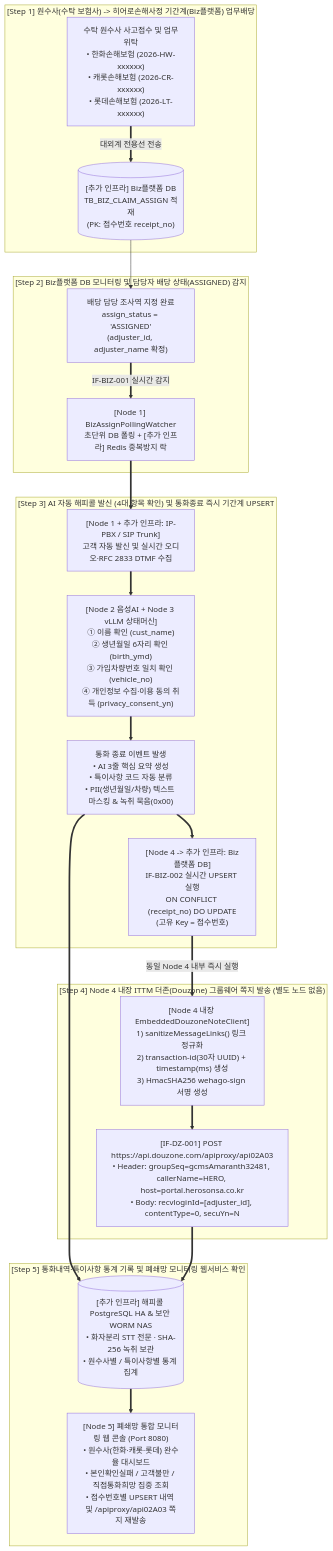
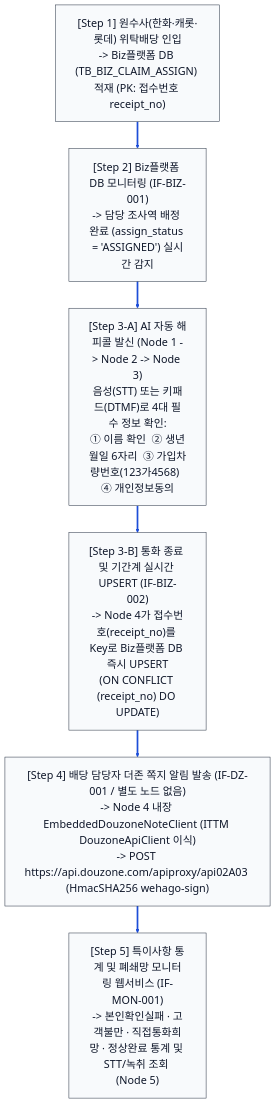
Before and after one commit to herosonsa1/AI_HappyCall: the first of 5 diagrams in dist/docs/03_업무프로세스_다이어그램.md, drawn with Mermaid. The commit also changed other lines of this file and 8 other files, not shown here.

Commit message:
style(docs): enlarge table and Mermaid diagram font sizes (20px-22px) and optimize vertical layout across all .md deliverables

````diff
--- a/dist/docs/03_업무프로세스_다이어그램.md
+++ b/dist/docs/03_업무프로세스_다이어그램.md
@@ -20,35 +63,29 @@
 ```mermaid
+%%{init: {
+  'theme': 'base',
+  'themeVariables': {
+    'fontSize': '22px',
+    'fontFamily': 'Pretendard, Malgun Gothic, sans-serif',
+    'primaryColor': '#f8fafc',
+    'primaryTextColor': '#0f172a',
+    'primaryBorderColor': '#1e293b',
+    'lineColor': '#1d4ed8',
+    'secondaryColor': '#eff6ff',
+    'tertiaryColor': '#f1f5f9'
+  },
+  'flowchart': {
+    'nodeSpacing': 45,
+    'rankSpacing': 55,
+    'padding': 20
+  }
+}}%%
 flowchart TD
-    subgraph STEP1["[Step 1] 원수사(수탁 보험사) -> 히어로손해사정 기간계(Biz플랫폼) 업무배당"]
-        S1_INS["수탁 원수사 사고접수 및 업무위탁<br/>• 한화손해보험 (2026-HW-xxxxxx)<br/>• 캐롯손해보험 (2026-CR-xxxxxx)<br/>• 롯데손해보험 (2026-LT-xxxxxx)"]
-        S1_BIZ[("[추가 인프라] Biz플랫폼 DB<br/>TB_BIZ_CLAIM_ASSIGN 적재<br/>(PK: 접수번호 receipt_no)")]
-        S1_INS ==>|"대외계 전용선 전송"| S1_BIZ
-    end
+    S1["[Step 1] 원수사(한화·캐롯·롯데) 위탁배당 인입\n-> Biz플랫폼 DB (TB_BIZ_CLAIM_ASSIGN) 적재 (PK: 접수번호 receipt_no)"]
+    S2["[Step 2] Biz플랫폼 DB 모니터링 (IF-BIZ-001)\n-> 담당 조사역 배정 완료 (assign_status = 'ASSIGNED') 실시간 감지"]
+    S3A["[Step 3-A] AI 자동 해피콜 발신 (Node 1 -> Node 2 -> Node 3)\n음성(STT) 또는 키패드(DTMF)로 4대 필수 정보 확인:\n① 이름 확인  ② 생년월일 6자리  ③ 가입차량번호(123가4568)  ④ 개인정보동의"]
+    S3B["[Step 3-B] 통화 종료 및 기간계 실시간 UPSERT (IF-BIZ-002)\n-> Node 4가 접수번호(receipt_no)를 Key로 Biz플랫폼 DB 즉시 UPSERT\n(ON CONFLICT (receipt_no) DO UPDATE)"]
+    S4["[Step 4] 배당 담당자 더존 쪽지 알림 발송 (IF-DZ-001 / 별도 노드 없음)\n-> Node 4 내장 EmbeddedDouzoneNoteClient (ITTM DouzoneApiClient 이식)\n-> POST https://api.douzone.com/apiproxy/api02A03 (HmacSHA256 wehago-sign)"]
+    S5["[Step 5] 특이사항 통계 및 폐쇄망 모니터링 웹서비스 (IF-MON-001)\n-> 본인확인실패 · 고객불만 · 직접통화희망 · 정상완료 통계 및 STT/녹취 조회 (Node 5)"]
 
-    subgraph STEP2["[Step 2] Biz플랫폼 DB 모니터링 및 담당자 배당 상태(ASSIGNED) 감지"]
-        S2_ASSIGN["배당 담당 조사역 지정 완료<br/>assign_status = 'ASSIGNED'<br/>(adjuster_id, adjuster_name 확정)"]
-        S2_POLL["[Node 1] BizAssignPollingWatcher<br/>초단위 DB 폴링 + [추가 인프라] Redis 중복방지 락"]
-        S1_BIZ --> S2_ASSIGN ==>|"IF-BIZ-001 실시간 감지"| S2_POLL
-    end
-
-    subgraph STEP3["[Step 3] AI 자동 해피콜 발신 (4대 항목 확인) 및 통화종료 즉시 기간계 UPSERT"]
-        S3_DIAL["[Node 1 + 추가 인프라: IP-PBX / SIP Trunk]<br/>고객 자동 발신 및 실시간 오디오·RFC 2833 DTMF 수집"]
-        S3_SLOT["[Node 2 음성AI + Node 3 vLLM 상태머신]<br/>① 이름 확인 (cust_name)<br/>② 생년월일 6자리 확인 (birth_ymd)<br/>③ 가입차량번호 일치 확인 (vehicle_no)<br/>④ 개인정보 수집·이용 동의 취득 (privacy_consent_yn)"]
-        S3_END["통화 종료 이벤트 발생<br/>• AI 3줄 핵심 요약 생성<br/>• 특이사항 코드 자동 분류<br/>• PII(생년월일/차량) 텍스트 마스킹 & 녹취 묵음(0x00)"]
-        S3_UPSERT["[Node 4 -> 추가 인프라: Biz플랫폼 DB]<br/>IF-BIZ-002 실시간 UPSERT 실행<br/>ON CONFLICT (receipt_no) DO UPDATE<br/>(고유 Key = 접수번호)"]
-        S2_POLL ==> S3_DIAL ==> S3_SLOT ==> S3_END ==> S3_UPSERT
-    end
-
-    subgraph STEP4["[Step 4] Node 4 내장 ITTM 더존(Douzone) 그룹웨어 쪽지 발송 (별도 노드 없음)"]
-        S4_SIGN["[Node 4 내장 EmbeddedDouzoneNoteClient]<br/>1) sanitizeMessageLinks() 링크 정규화<br/>2) transaction-id(30자 UUID) + timestamp(ms) 생성<br/>3) HmacSHA256 wehago-sign 서명 생성"]
-        S4_DZ["[IF-DZ-001] POST https://api.douzone.com/apiproxy/api02A03<br/>• Header: groupSeq=gcmsAmaranth32481, callerName=HERO, host=portal.herosonsa.co.kr<br/>• Body: recvloginId=[adjuster_id], contentType=0, secuYn=N"]
-        S3_UPSERT ==>|"동일 Node 4 내부 즉시 실행"| S4_SIGN ==> S4_DZ
-    end
-
-    subgraph STEP5["[Step 5] 통화내역·특이사항 통계 기록 및 폐쇄망 모니터링 웹서비스 확인"]
-        S5_SAVE[("[추가 인프라] 해피콜 PostgreSQL HA & 보안 WORM NAS<br/>• 화자분리 STT 전문 · SHA-256 녹취 보관<br/>• 원수사별 / 특이사항별 통계 집계")]
-        S5_WEB["[Node 5] 폐쇄망 통합 모니터링 웹 콘솔 (Port 8080)<br/>• 원수사(한화·캐롯·롯데) 완수율 대시보드<br/>• 본인확인실패 / 고객불만 / 직접통화희망 집중 조회<br/>• 접수번호별 UPSERT 내역 및 /apiproxy/api02A03 쪽지 재발송"]
-        S3_END ==> S5_SAVE
-        S4_DZ ==> S5_SAVE ==> S5_WEB
-    end
+    S1 ==> S2 ==> S3A ==> S3B ==> S4 ==> S5
 ```
````
